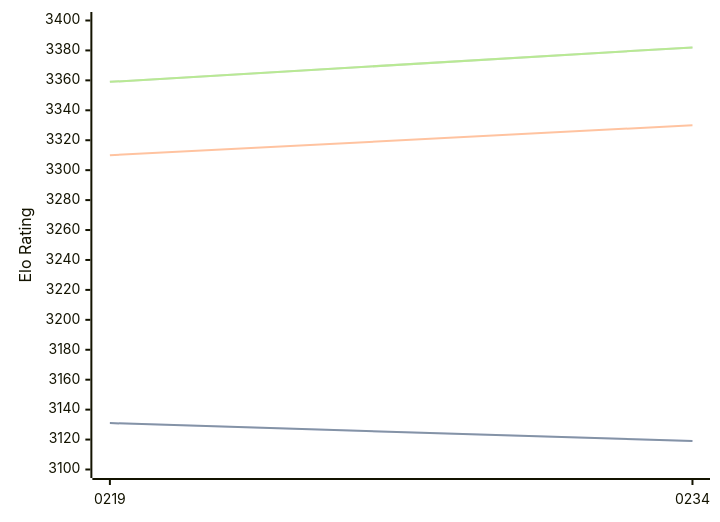
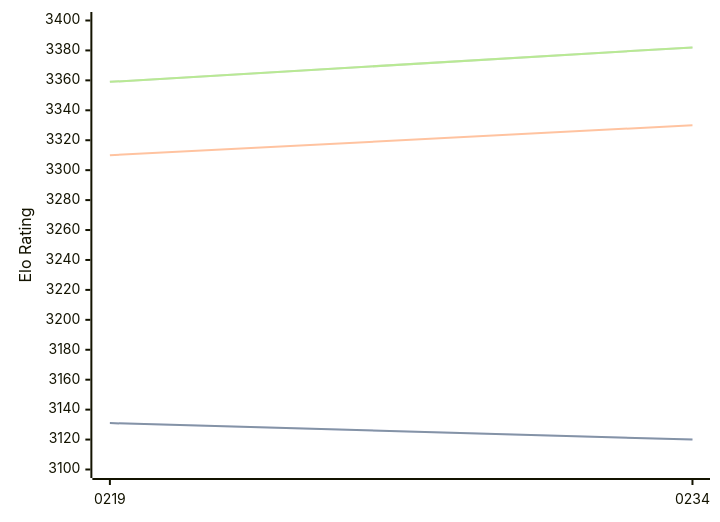
The diagram in engines/Ynode.md (computer-chess-index/cci), drawn with Mermaid before and after one commit. The commit also changed other lines of this file, not shown here.

````diff
--- a/engines/Ynode.md
+++ b/engines/Ynode.md
@@ -39,11 +39,11 @@
 ```mermaid
 %%{init: {"theme":"base","themeVariables":{"seriesColors:['#a3a3a3','#222221','#faa371']}}}%%
 xychart-beta
   x-axis ["0219", "0234"]
   y-axis "Elo Rating" 3100 --> 3400
-  line "STC (8.0+0.08s)" [3131, 3119]
-  line "STC (8.0+0.08s)" [3131, 3119]
+  line "STC (8.0+0.08s)" [3131, 3120]
+  line "STC (8.0+0.08s)" [3131, 3120]
   line "LTC (60.0+0.60s)" [3310, 3330]
   line "VLTC (2m24s+1.12s)" [3359, 3382]
   line "VLTC (2m24s+1.12s)" [3359, 3382]
 ```
````
